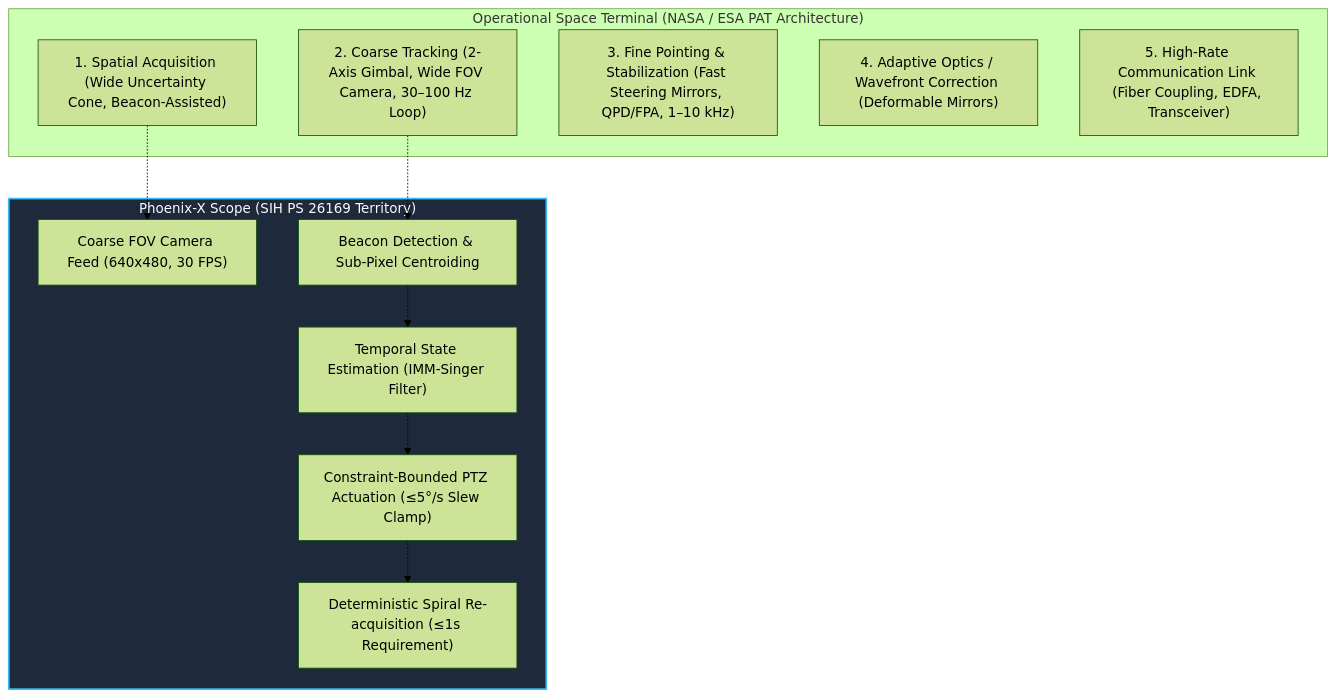
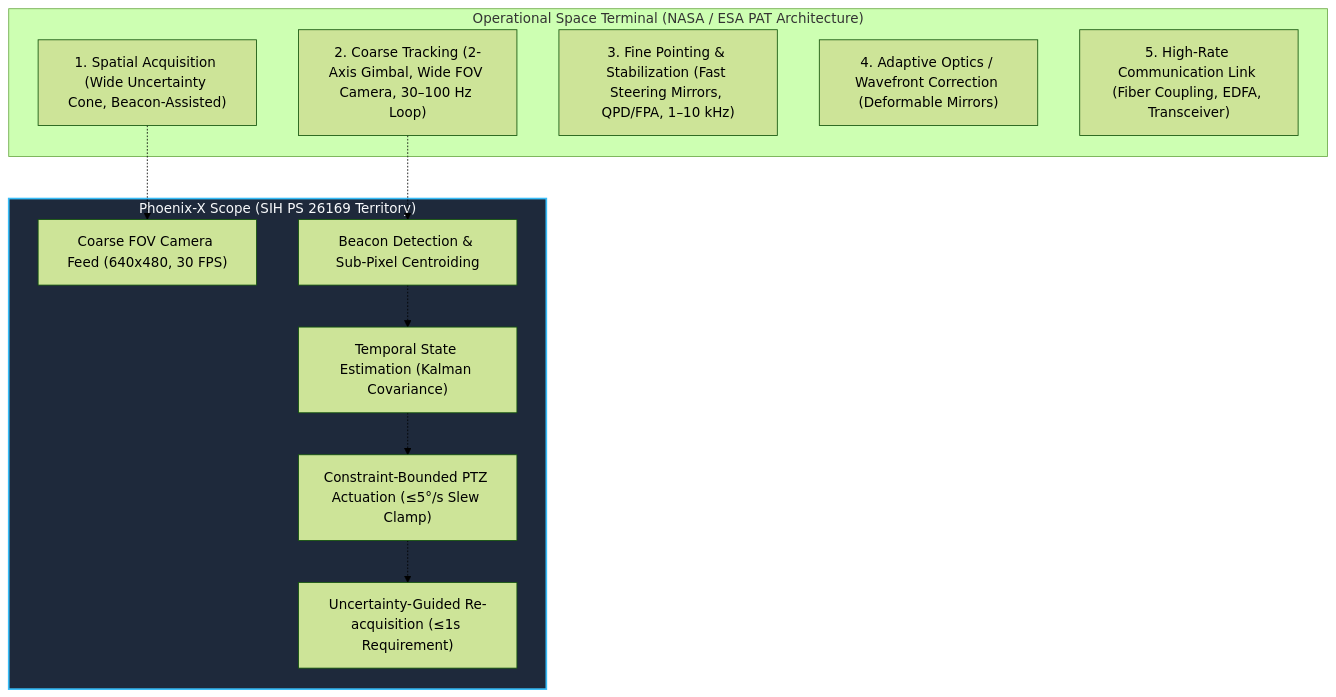
The second of 2 diagrams in docs/RESEARCH_FRAMEWORK_AND_VIVA_GUIDE.md (jvstin47/SIH-26169-Virtual-Camera-Tracking), drawn with Mermaid (forest theme) before and after one commit. The commit also changed other lines of this file and 1 other file, not shown here.

````diff
--- a/docs/RESEARCH_FRAMEWORK_AND_VIVA_GUIDE.md
+++ b/docs/RESEARCH_FRAMEWORK_AND_VIVA_GUIDE.md
@@ -56,26 +76,26 @@
 ```mermaid
 flowchart TD
     subgraph Full_Optical_Terminal ["Operational Space Terminal (NASA / ESA PAT Architecture)"]
         H1["1. Spatial Acquisition (Wide Uncertainty Cone, Beacon-Assisted)"]
         H2["2. Coarse Tracking (2-Axis Gimbal, Wide FOV Camera, 30–100 Hz Loop)"]
         H3["3. Fine Pointing & Stabilization (Fast Steering Mirrors, QPD/FPA, 1–10 kHz)"]
         H4["4. Adaptive Optics / Wavefront Correction (Deformable Mirrors)"]
         H5["5. High-Rate Communication Link (Fiber Coupling, EDFA, Transceiver)"]
     end
 
     subgraph Phoenix_X_Domain ["Phoenix-X Scope (SIH PS 26169 Territory)"]
         P1["Coarse FOV Camera Feed (640x480, 30 FPS)"]
         P2["Beacon Detection & Sub-Pixel Centroiding"]
-        P3["Temporal State Estimation (IMM-Singer Filter)"]
+        P3["Temporal State Estimation (Kalman Covariance)"]
         P4["Constraint-Bounded PTZ Actuation (≤5°/s Slew Clamp)"]
-        P5["Deterministic Spiral Re-acquisition (≤1s Requirement)"]
+        P5["Uncertainty-Guided Re-acquisition (≤1s Requirement)"]
     end
 
     H1 -.-> P1
     H2 -.-> P2
     P2 -.-> P3
     P3 -.-> P4
     P4 -.-> P5
 
     style Phoenix_X_Domain fill:#1e293b,stroke:#38bdf8,stroke-width:2px,color:#f8fafc
 ```
````
